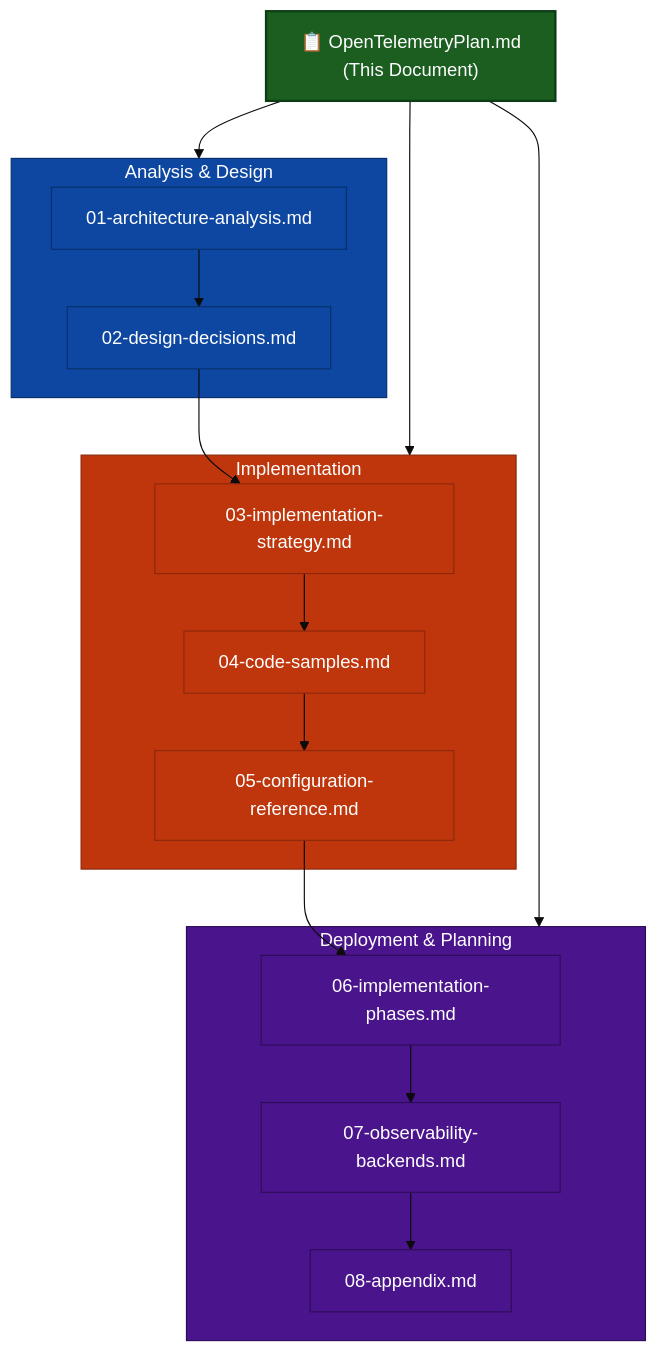
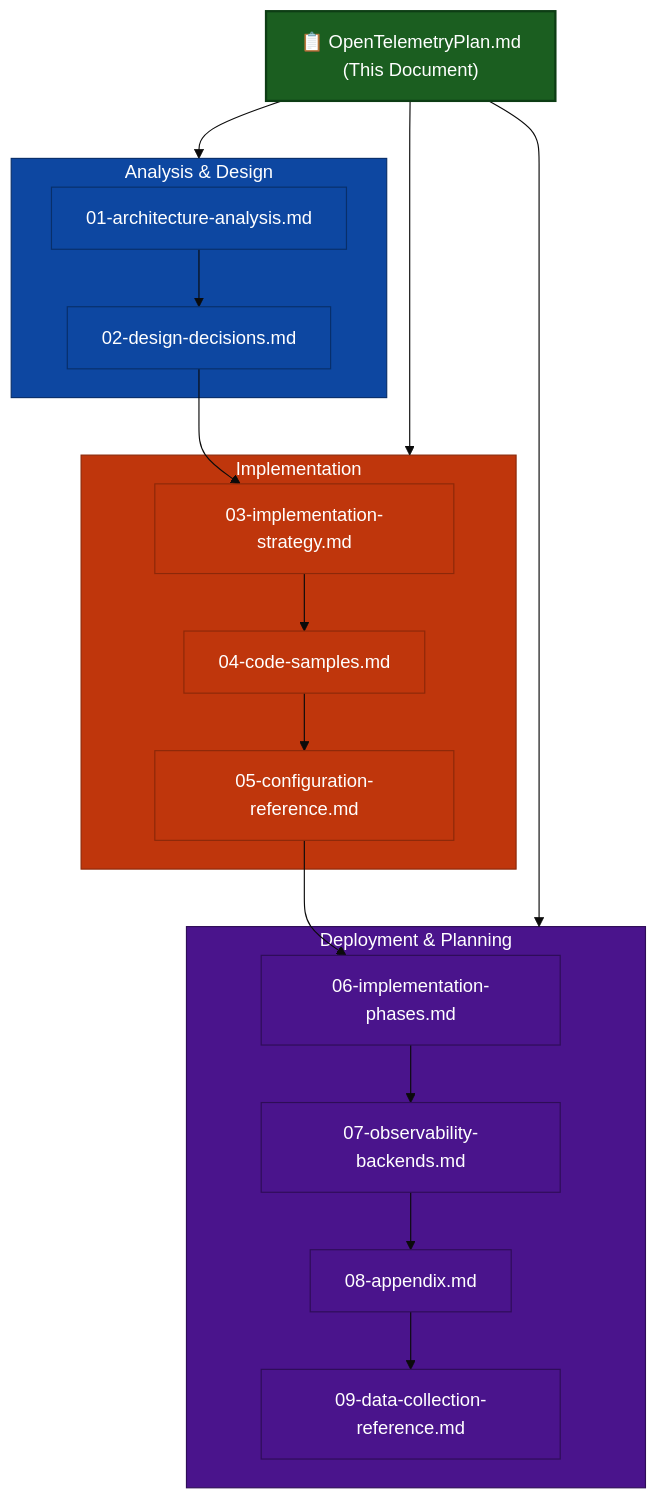
The diagram in OpenTelemetryPlan/OpenTelemetryPlan.md (mvanhorn/rippled), drawn with Mermaid (base theme) before and after one commit. The commit also changed other lines of this file and 10 other files, not shown here.

````diff
--- a/OpenTelemetryPlan/OpenTelemetryPlan.md
+++ b/OpenTelemetryPlan/OpenTelemetryPlan.md
@@ -32,46 +32,49 @@
 ```mermaid
 flowchart TB
     overview["📋 OpenTelemetryPlan.md<br/>(This Document)"]
 
     subgraph analysis["Analysis & Design"]
         arch["01-architecture-analysis.md"]
         design["02-design-decisions.md"]
     end
 
     subgraph impl["Implementation"]
         strategy["03-implementation-strategy.md"]
         code["04-code-samples.md"]
         config["05-configuration-reference.md"]
     end
 
     subgraph deploy["Deployment & Planning"]
         phases["06-implementation-phases.md"]
         backends["07-observability-backends.md"]
         appendix["08-appendix.md"]
+        dataref["09-data-collection-reference.md"]
     end
 
     overview --> analysis
     overview --> impl
     overview --> deploy
 
     arch --> design
     design --> strategy
     strategy --> code
     code --> config
     config --> phases
     phases --> backends
     backends --> appendix
+    appendix --> dataref
 
     style overview fill:#1b5e20,stroke:#0d3d14,color:#fff,stroke-width:2px
     style analysis fill:#0d47a1,stroke:#082f6a,color:#fff
     style impl fill:#bf360c,stroke:#8c2809,color:#fff
     style deploy fill:#4a148c,stroke:#2e0d57,color:#fff
     style arch fill:#0d47a1,stroke:#082f6a,color:#fff
     style design fill:#0d47a1,stroke:#082f6a,color:#fff
     style strategy fill:#bf360c,stroke:#8c2809,color:#fff
     style code fill:#bf360c,stroke:#8c2809,color:#fff
     style config fill:#bf360c,stroke:#8c2809,color:#fff
     style phases fill:#4a148c,stroke:#2e0d57,color:#fff
     style backends fill:#4a148c,stroke:#2e0d57,color:#fff
     style appendix fill:#4a148c,stroke:#2e0d57,color:#fff
+    style dataref fill:#4a148c,stroke:#2e0d57,color:#fff
 ```
````
